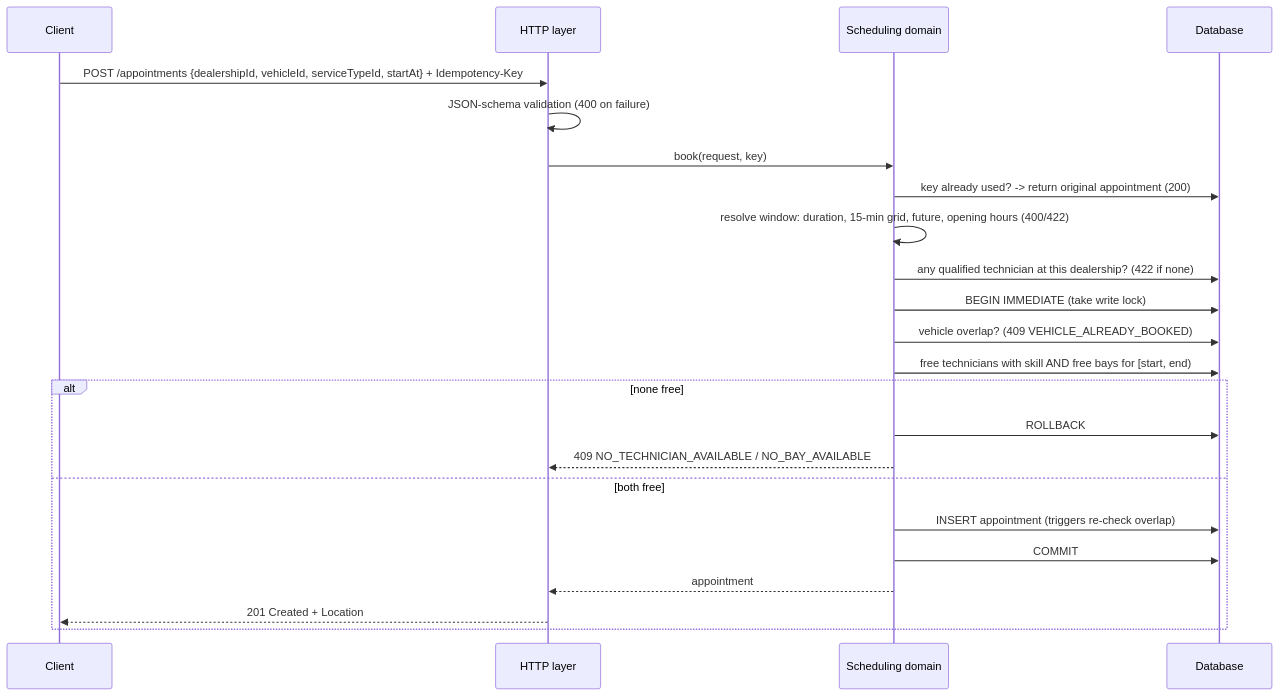
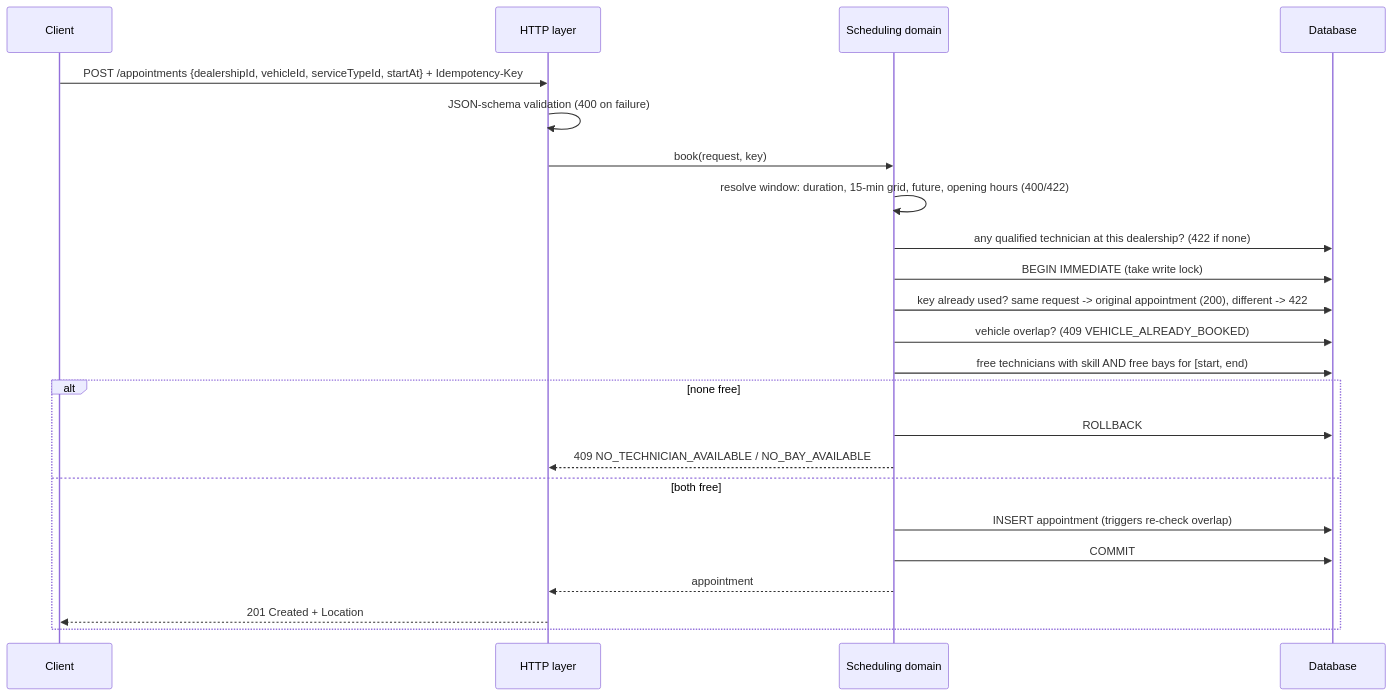
The fourth of 4 diagrams in docs/system-design.md (LazyBoy311/keyloop-service-scheduler), drawn with Mermaid before and after one commit. The commit also changed other lines of this file and 8 other files, not shown here.

````diff
--- a/docs/system-design.md
+++ b/docs/system-design.md
@@ -91,25 +91,25 @@
 ```mermaid
 sequenceDiagram
     participant C as Client
     participant A as HTTP layer
     participant D as Scheduling domain
     participant DB as Database
     C->>A: POST /appointments {dealershipId, vehicleId, serviceTypeId, startAt} + Idempotency-Key
     A->>A: JSON-schema validation (400 on failure)
     A->>D: book(request, key)
-    D->>DB: key already used? -> return original appointment (200)
     D->>D: resolve window: duration, 15-min grid, future, opening hours (400/422)
     D->>DB: any qualified technician at this dealership? (422 if none)
     D->>DB: BEGIN IMMEDIATE (take write lock)
+    D->>DB: key already used? same request -> original appointment (200), different -> 422
     D->>DB: vehicle overlap? (409 VEHICLE_ALREADY_BOOKED)
     D->>DB: free technicians with skill AND free bays for [start, end)
     alt none free
         D->>DB: ROLLBACK
         D-->>A: 409 NO_TECHNICIAN_AVAILABLE / NO_BAY_AVAILABLE
     else both free
         D->>DB: INSERT appointment (triggers re-check overlap)
         D->>DB: COMMIT
         D-->>A: appointment
         A-->>C: 201 Created + Location
     end
 ```
````
